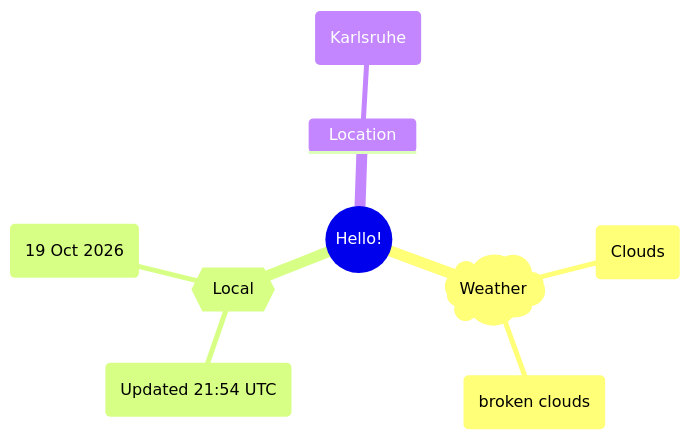
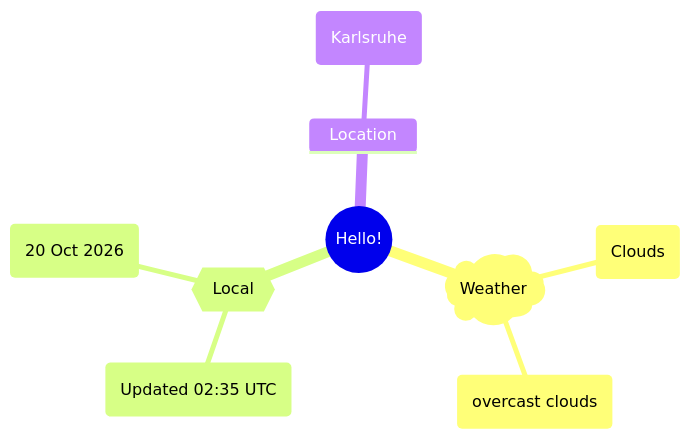
The first of 2 diagrams in README.md (Xosrov/Xosrov), drawn with Mermaid before and after one commit.

Commit message:
[bot] updated images

````diff
--- a/README.md
+++ b/README.md
@@ -3,12 +3,12 @@
 ```mermaid
 mindmap
   root((Hello!))
     )Weather(
         (Clouds)
-        (broken clouds)
+        (overcast clouds)
     {{Local}}
-        (Updated 21:54 UTC)
-        (19 Oct 2026)
+        (Updated 02:35 UTC)
+        (20 Oct 2026)
     Location
         (Karlsruhe)
 ```
````
